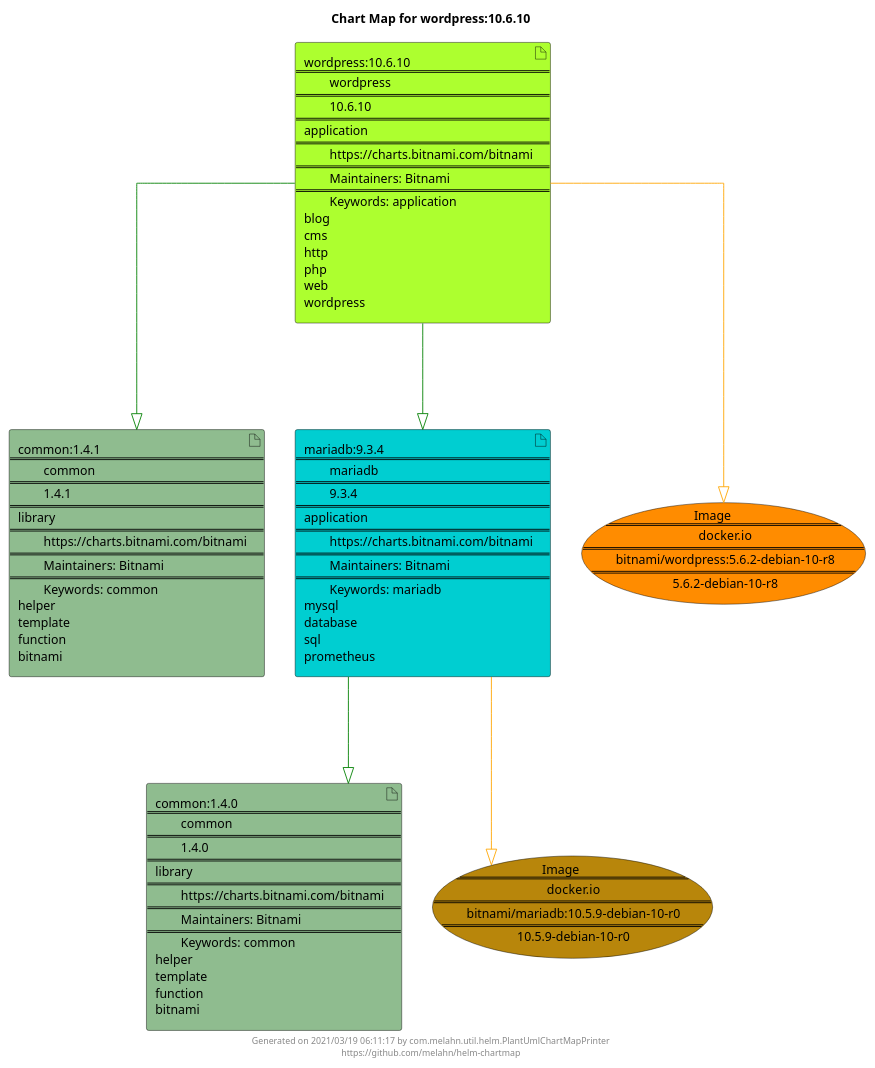
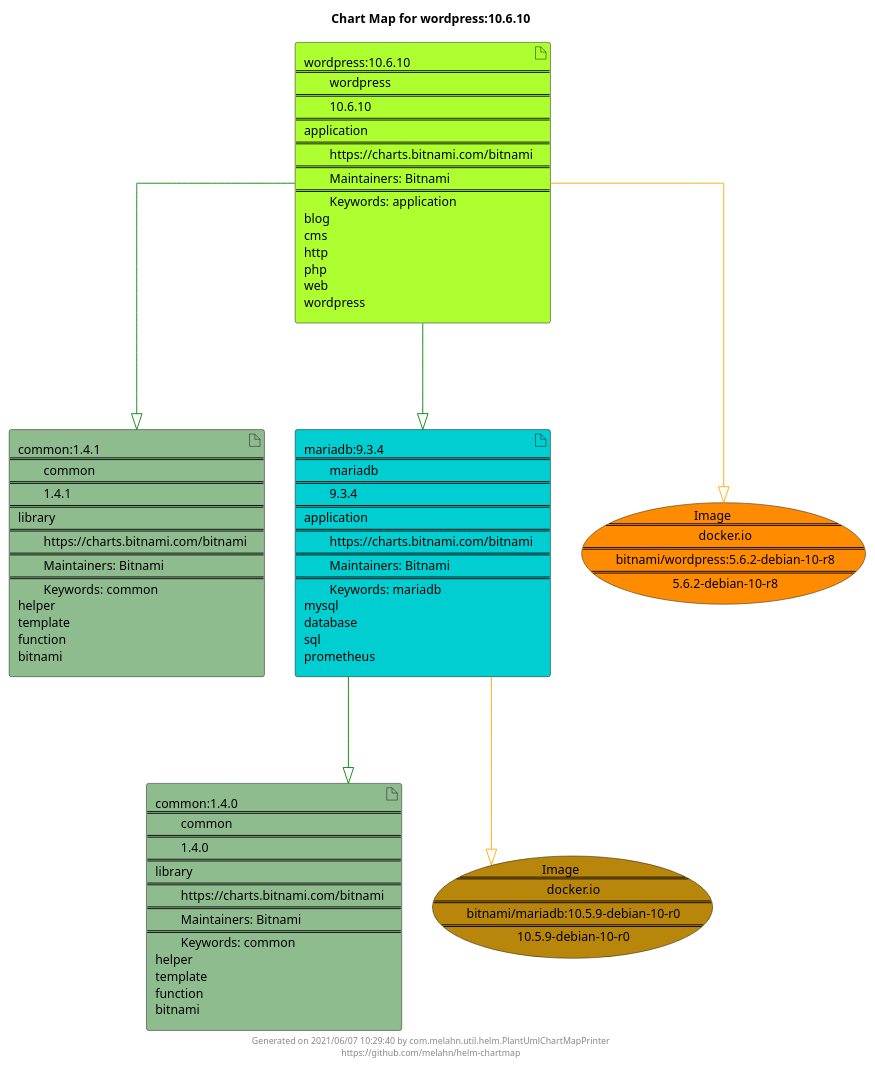
Before and after one commit to melahn/helm-chartmap: the diagram in docs/wordpress/wordpress-10.6.10.puml, drawn with PlantUML. The commit also changed 32 other files, not shown here.

Commit message:
Updating chartmap examples

```diff
--- a/docs/wordpress/wordpress-10.6.10.puml
+++ b/docs/wordpress/wordpress-10.6.10.puml
@@ -1,29 +1,29 @@
 @startuml
 skinparam linetype ortho
 skinparam backgroundColor white
 skinparam usecaseBorderColor black
 skinparam usecaseArrowColor LightSlateGray
 skinparam artifactBorderColor black
 skinparam artifactArrowColor LightSlateGray
 
 title Chart Map for wordpress:10.6.10
 
 'There are 4 referenced Helm Charts
 artifact "common:1.4.1\n====\n\tcommon\n====\n\t1.4.1\n====\nlibrary\n====\n\thttps://charts.bitnami.com/bitnami\n====\n\tMaintainers: Bitnami\n====\n\tKeywords: common\nhelper\ntemplate\nfunction\nbitnami" as common_1_4_1 #DarkSeaGreen
 artifact "mariadb:9.3.4\n====\n\tmariadb\n====\n\t9.3.4\n====\napplication\n====\n\thttps://charts.bitnami.com/bitnami\n====\n\tMaintainers: Bitnami\n====\n\tKeywords: mariadb\nmysql\ndatabase\nsql\nprometheus" as mariadb_9_3_4 #DarkTurquoise
 artifact "common:1.4.0\n====\n\tcommon\n====\n\t1.4.0\n====\nlibrary\n====\n\thttps://charts.bitnami.com/bitnami\n====\n\tMaintainers: Bitnami\n====\n\tKeywords: common\nhelper\ntemplate\nfunction\nbitnami" as common_1_4_0 #DarkSeaGreen
 artifact "wordpress:10.6.10\n====\n\twordpress\n====\n\t10.6.10\n====\napplication\n====\n\thttps://charts.bitnami.com/bitnami\n====\n\tMaintainers: Bitnami\n====\n\tKeywords: application\nblog\ncms\nhttp\nphp\nweb\nwordpress" as wordpress_10_6_10 #GreenYellow
 
 'There are 2 referenced Docker Images
 usecase "Image\n====\n\tdocker.io\n====\n\tbitnami/wordpress:5.6.2-debian-10-r8\n====\n\t5.6.2-debian-10-r8" as docker_io_bitnami_wordpress_5_6_2_debian_10_r8 #Darkorange
 usecase "Image\n====\n\tdocker.io\n====\n\tbitnami/mariadb:10.5.9-debian-10-r0\n====\n\t10.5.9-debian-10-r0" as docker_io_bitnami_mariadb_10_5_9_debian_10_r0 #DarkGoldenRod
 
 'Chart Dependencies
 wordpress_10_6_10--[#green]-|>common_1_4_1
 wordpress_10_6_10--[#green]-|>mariadb_9_3_4
 mariadb_9_3_4--[#green]-|>common_1_4_0
 mariadb_9_3_4--[#orange]-|>docker_io_bitnami_mariadb_10_5_9_debian_10_r0
 wordpress_10_6_10--[#orange]-|>docker_io_bitnami_wordpress_5_6_2_debian_10_r8
 
-center footer Generated on 2021/03/19 06:11:17 by com.melahn.util.helm.PlantUmlChartMapPrinter\nhttps://github.com/melahn/helm-chartmap
+center footer Generated on 2021/06/07 10:29:40 by com.melahn.util.helm.PlantUmlChartMapPrinter\nhttps://github.com/melahn/helm-chartmap
 @enduml
```
